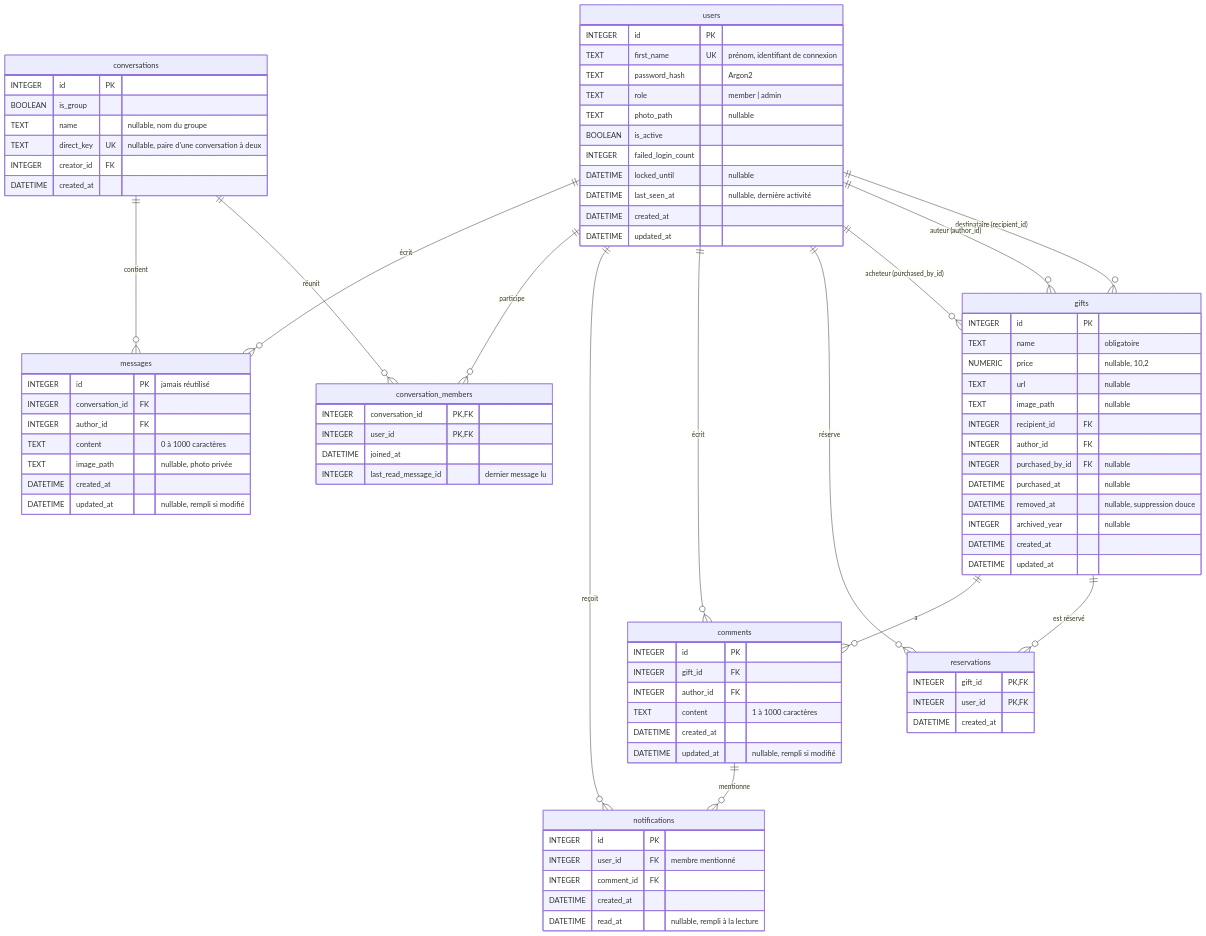
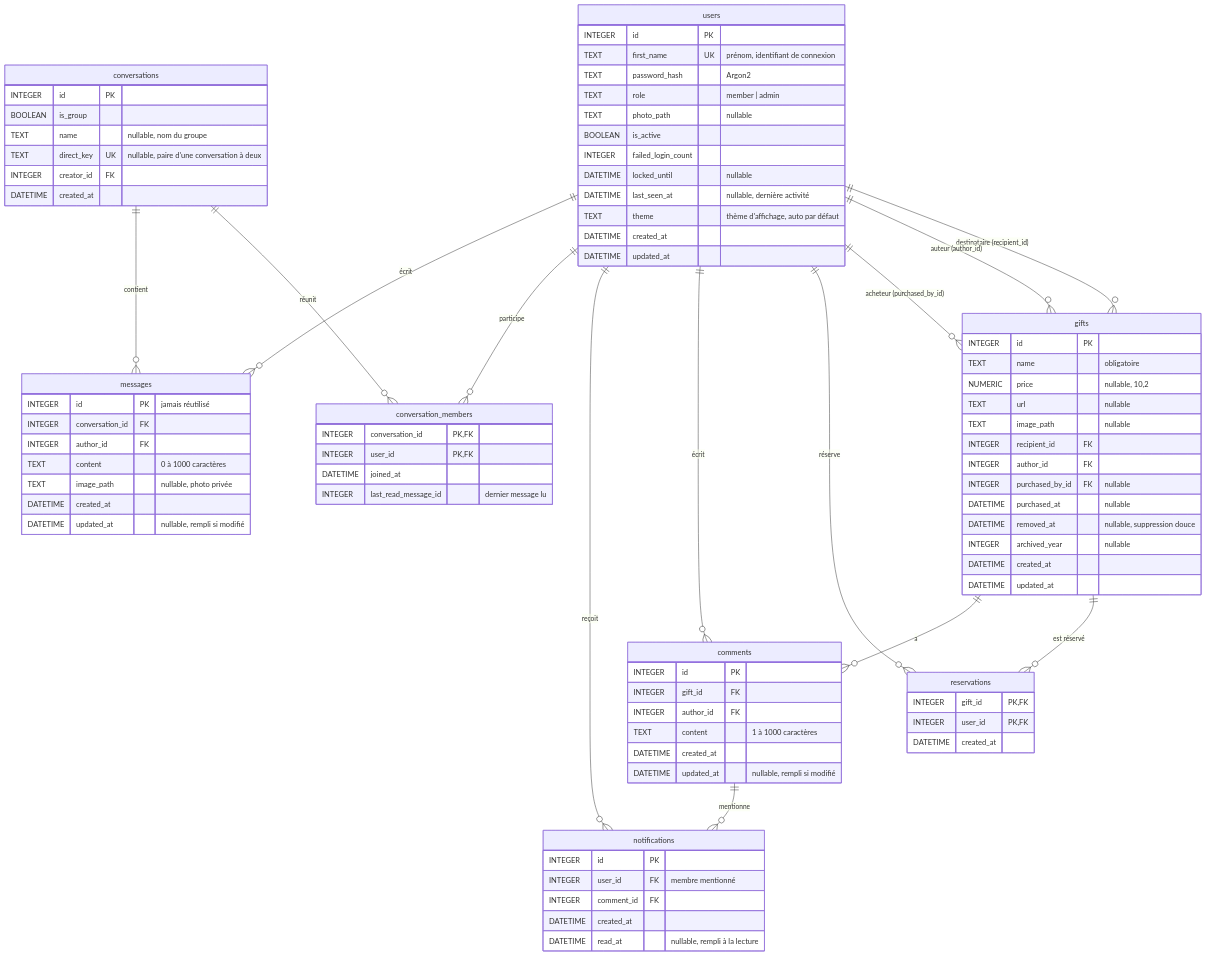
Before and after one commit to sogluk76/listeNoel: the diagram in docs/03-modele-donnees.md, drawn with Mermaid. The commit also changed other lines of this file and 14 other files, not shown here.

```diff
--- a/docs/03-modele-donnees.md
+++ b/docs/03-modele-donnees.md
@@ -30,6 +30,7 @@
         INTEGER failed_login_count
         DATETIME locked_until "nullable"
         DATETIME last_seen_at "nullable, dernière activité"
+        TEXT theme "thème d'affichage, auto par défaut"
         DATETIME created_at
         DATETIME updated_at
     }
```
